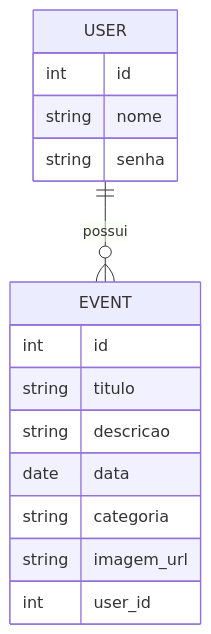
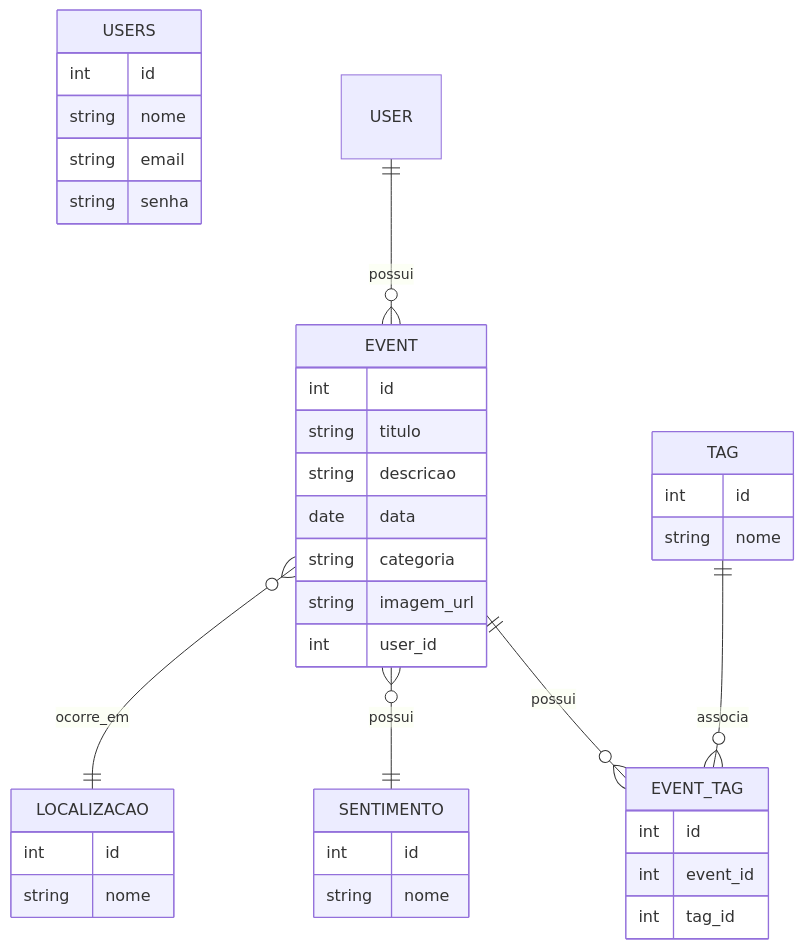
One commit to leonardocpadilha/life-track changed the diagram in docs/spec.md. Above: the diagram before and after it, drawn with Mermaid. The commit also changed other lines of this file, not shown here.

````diff
--- a/docs/spec.md
+++ b/docs/spec.md
@@ -7,20 +7,46 @@
 ```mermaid
 erDiagram
-USER {
-int id
-string nome
-string senha
+USERS {
+  int id
+  string nome
+  string email
+  string senha
 }
 
 EVENT {
-int id
-string titulo
-string descricao
-date data
-string categoria
-string imagem_url
-int user_id
+  int id
+  string titulo
+  string descricao
+  date data
+  string categoria
+  string imagem_url
+  int user_id
+}
+
+TAG {
+  int id
+  string nome
+}
+
+SENTIMENTO {
+  int id
+  string nome
+}
+
+LOCALIZACAO {
+  int id
+  string nome
+}
+
+EVENT_TAG {
+  int id
+  int event_id
+  int tag_id
 }
 
 USER ||--o{ EVENT : possui
+EVENT ||--o{ EVENT_TAG : possui
+TAG ||--o{ EVENT_TAG : associa
+EVENT }o--|| SENTIMENTO : possui
+EVENT }o--|| LOCALIZACAO : ocorre_em
 ```
````
